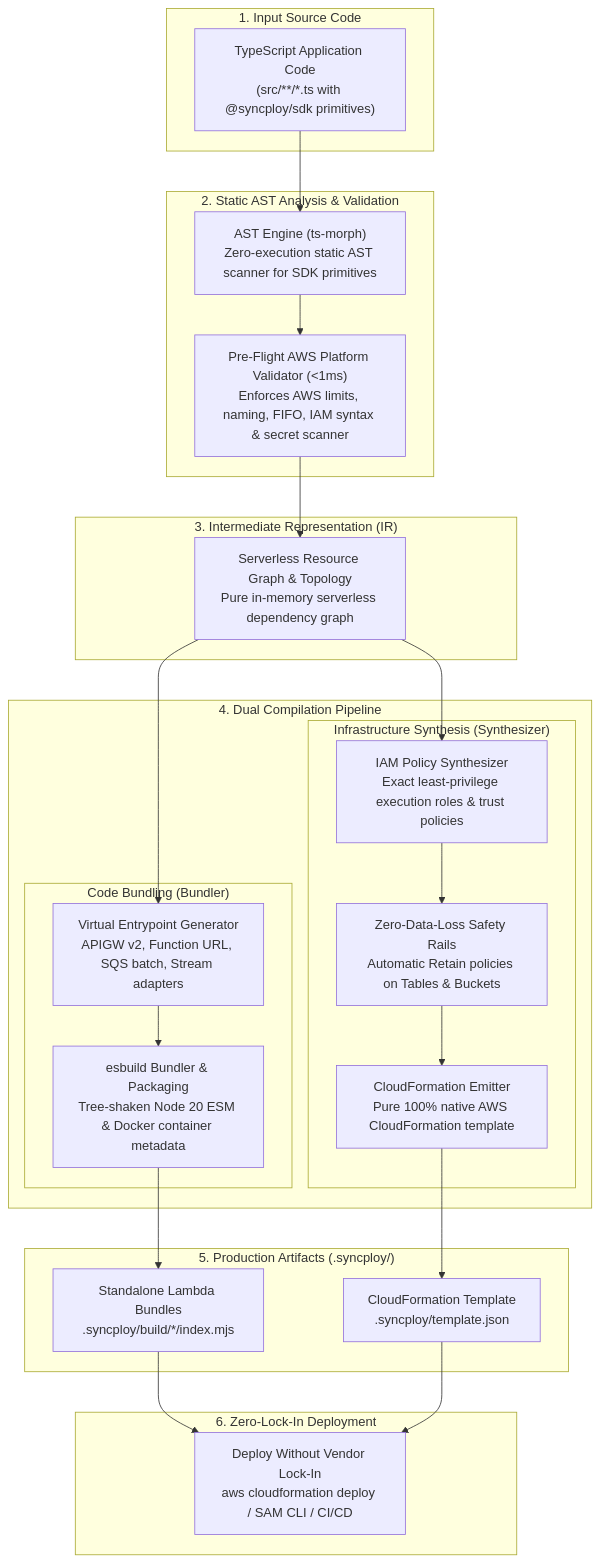
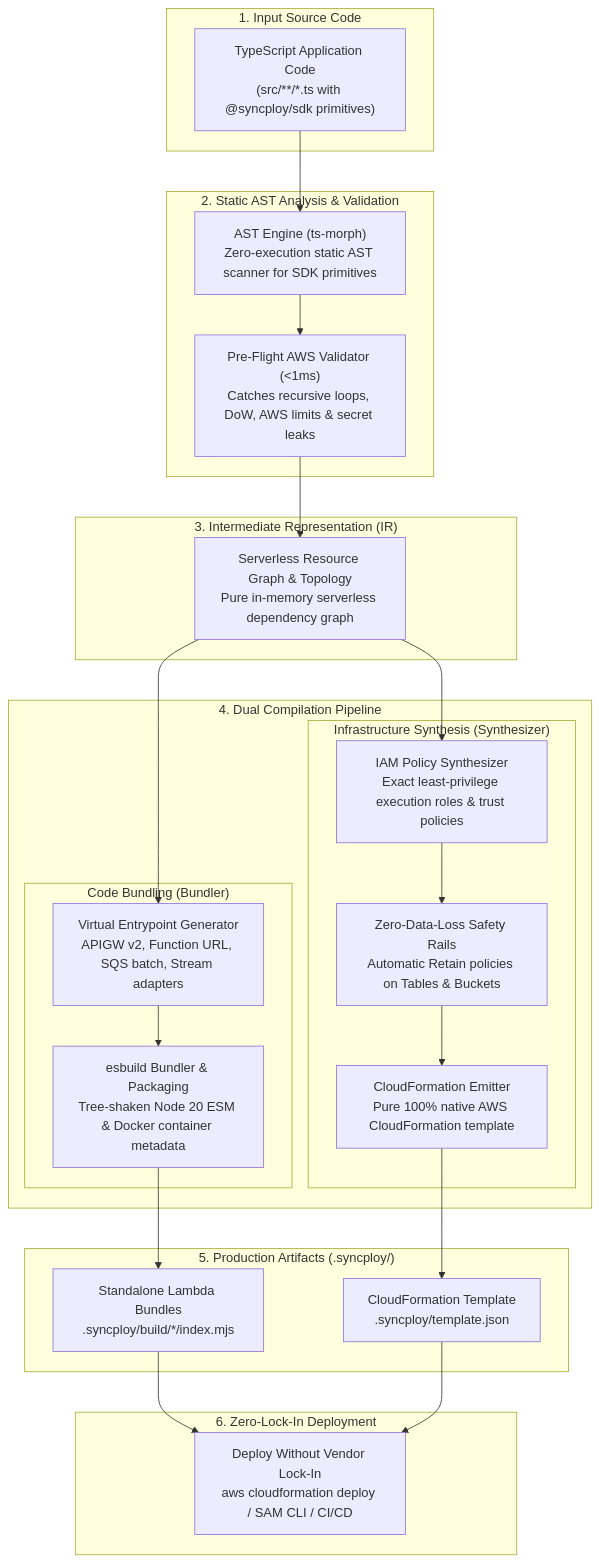
The diagram in README.md (harsh-vardhhan/syncploy), drawn with Mermaid before and after one commit. The commit also changed other lines of this file and 5 other files, not shown here.

````diff
--- a/README.md
+++ b/README.md
@@ -42,49 +42,49 @@
 ```mermaid
 flowchart TD
     subgraph Input["1. Input Source Code"]
         TS["TypeScript Application Code<br/>(src/**/*.ts with @syncploy/sdk primitives)"]
     end
 
     subgraph Parser["2. Static AST Analysis & Validation"]
         AST["AST Engine (ts-morph)<br/>Zero-execution static AST scanner for SDK primitives"]
-        VAL["Pre-Flight AWS Platform Validator (&lt;1ms)<br/>Enforces AWS limits, naming, FIFO, IAM syntax & secret scanner"]
+        VAL["Pre-Flight AWS Validator (&lt;1ms)<br/>Catches recursive loops, DoW, AWS limits & secret leaks"]
         AST --> VAL
     end
 
     subgraph IR["3. Intermediate Representation (IR)"]
         GRAPH["Serverless Resource Graph & Topology<br/>Pure in-memory serverless dependency graph"]
     end
 
     subgraph Pipeline["4. Dual Compilation Pipeline"]
         subgraph BundlerPass["Code Bundling (Bundler)"]
             GEN["Virtual Entrypoint Generator<br/>APIGW v2, Function URL, SQS batch, Stream adapters"]
             ESBUILD["esbuild Bundler & Packaging<br/>Tree-shaken Node 20 ESM & Docker container metadata"]
             GEN --> ESBUILD
         end
 
         subgraph SynthPass["Infrastructure Synthesis (Synthesizer)"]
             IAM["IAM Policy Synthesizer<br/>Exact least-privilege execution roles & trust policies"]
             SAFETY["Zero-Data-Loss Safety Rails<br/>Automatic Retain policies on Tables & Buckets"]
             CFN["CloudFormation Emitter<br/>Pure 100% native AWS CloudFormation template"]
             IAM --> SAFETY --> CFN
         end
     end
 
     subgraph Artifacts["5. Production Artifacts (.syncploy/)"]
         BUNDLES["Standalone Lambda Bundles<br/>.syncploy/build/*/index.mjs"]
         TEMPLATE["CloudFormation Template<br/>.syncploy/template.json"]
     end
 
     subgraph Deployment["6. Zero-Lock-In Deployment"]
         DEPLOY["Deploy Without Vendor Lock-In<br/>aws cloudformation deploy / SAM CLI / CI/CD"]
     end
 
     TS --> AST
     VAL --> GRAPH
     GRAPH --> GEN
     GRAPH --> IAM
     ESBUILD --> BUNDLES
     CFN --> TEMPLATE
     BUNDLES --> DEPLOY
     TEMPLATE --> DEPLOY
 ```
````
